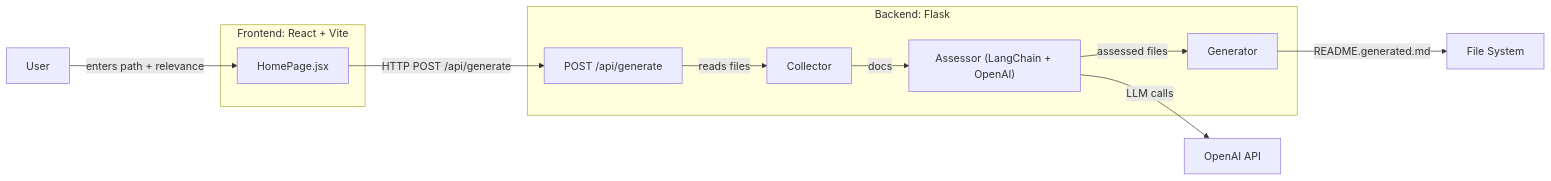
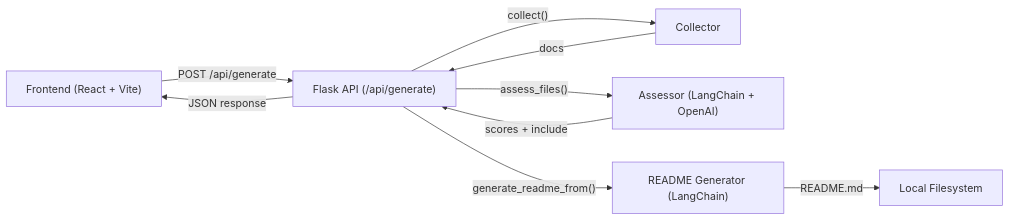
Before and after one commit to Herc-Ch/readme-generator: the diagram in README.md, drawn with Mermaid. The commit also changed other lines of this file and 2 other files, not shown here.

````diff
--- a/README.md
+++ b/README.md
@@ -24,20 +128,18 @@
 ```mermaid
 flowchart LR
-  subgraph FE["Frontend: React + Vite"]
-    UI["HomePage.jsx"]
-  end
-  subgraph BE["Backend: Flask"]
-    API["POST /api/generate"]
-    COL["Collector"]
-    ASSESS["Assessor (LangChain + OpenAI)"]
-    GEN["Generator"]
-  end
+  FE["Frontend (React + Vite)"]
+  API["Flask API (/api/generate)"]
+  COL["Collector"]
+  AS["Assessor (LangChain + OpenAI)"]
+  GEN["README Generator (LangChain)"]
+  FS["Local Filesystem"]
 
-  USER["User"] -- "enters path + relevance" --> UI
-  UI -- "HTTP POST /api/generate" --> API
-  API -- "reads files" --> COL
-  COL -- "docs" --> ASSESS
-  ASSESS -- "assessed files" --> GEN
-  GEN -- "README.generated.md" --> FS["File System"]
-  ASSESS -- "LLM calls" --> OAI["OpenAI API"]
+  FE -- "POST /api/generate" --> API
+  API -- "collect()" --> COL
+  COL -- "docs" --> API
+  API -- "assess_files()" --> AS
+  AS -- "scores + include" --> API
+  API -- "generate_readme_from()" --> GEN
+  GEN -- "README.md" --> FS
+  API -- "JSON response" --> FE
 ```
````
